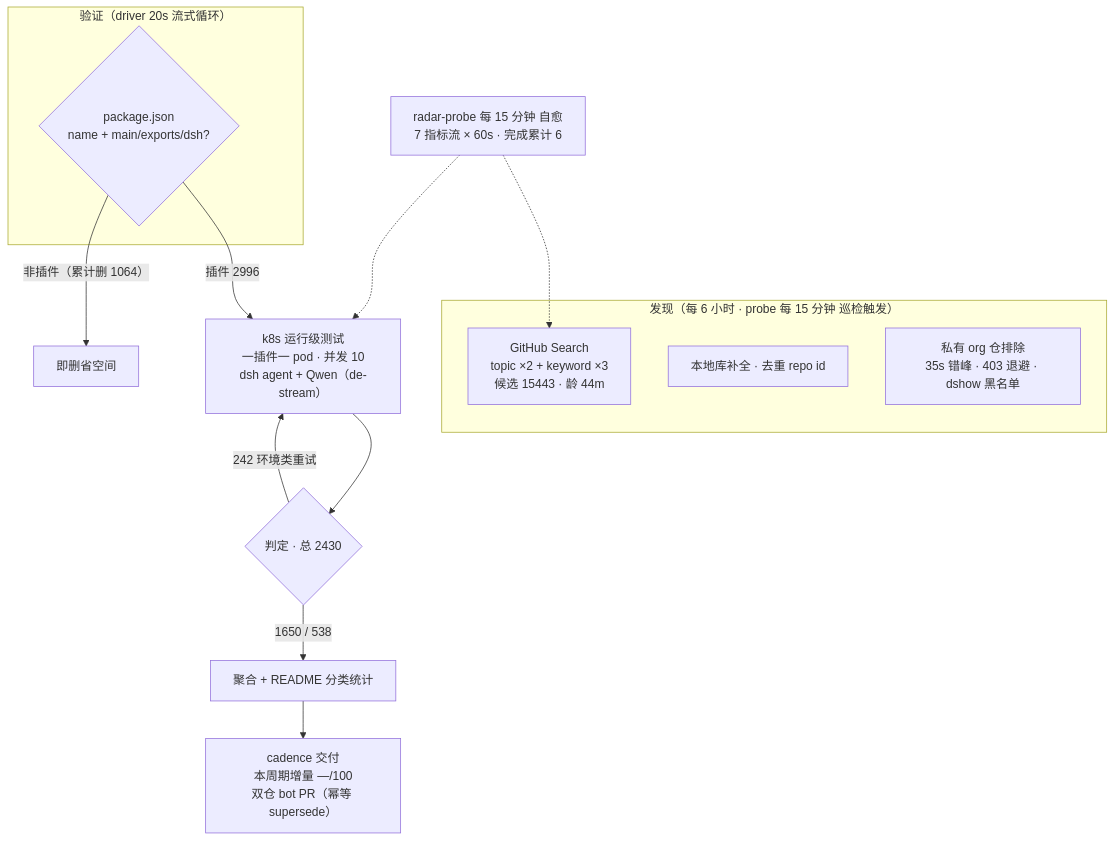
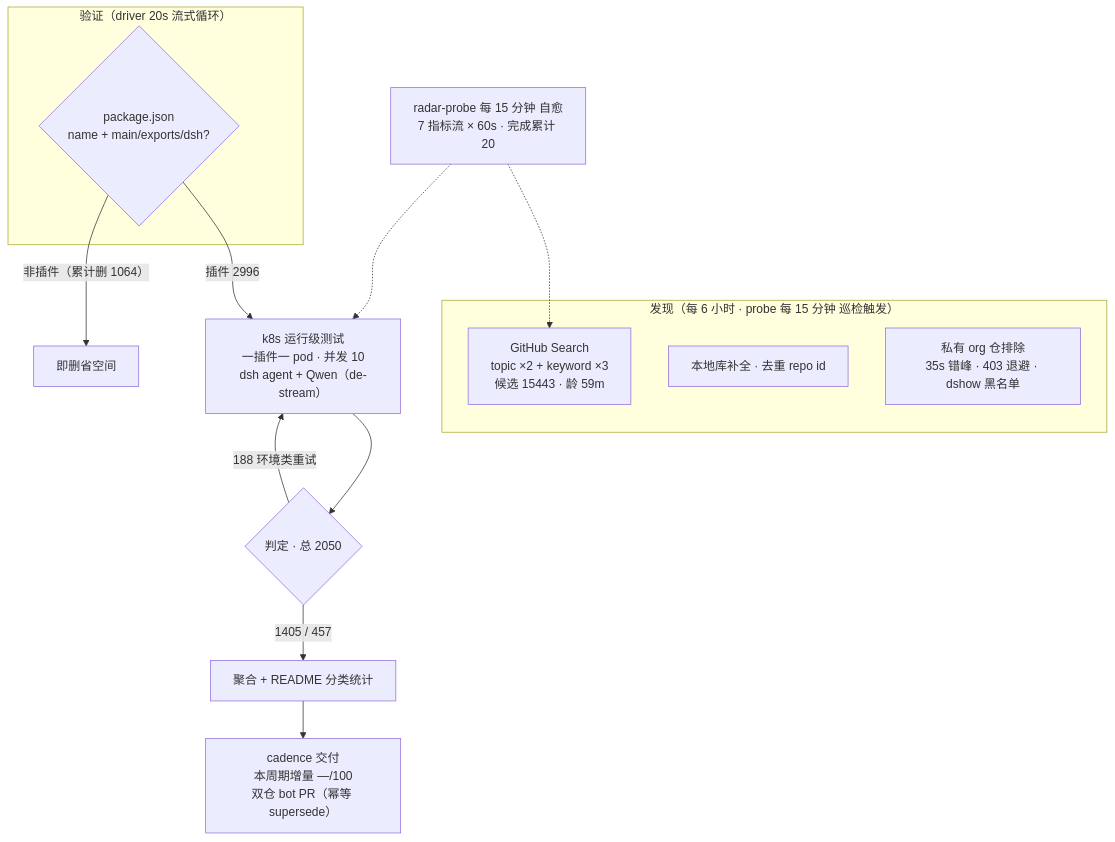
One commit to Zhidao-Lab-OSS/awesome-dsh-plugins changed the diagram in README.md. Above: the diagram before and after it, drawn with Mermaid. The commit also changed other lines of this file and 1 other file, not shown here.

````diff
--- a/README.md
+++ b/README.md
@@ -37,20 +37,20 @@
 ```mermaid
 flowchart TB
     subgraph Discovery["发现（每 6 小时 · probe 每 15 分钟 巡检触发）"]
-        A1["GitHub Search<br/>topic ×2 + keyword ×3<br/>候选 15443 · 龄 44m"]
+        A1["GitHub Search<br/>topic ×2 + keyword ×3<br/>候选 15443 · 龄 59m"]
         A2["本地库补全 · 去重 repo id"]
         A3["私有 org 仓排除<br/>35s 错峰 · 403 退避 · dshow 黑名单"]
     end
     subgraph Validation["验证（driver 20s 流式循环）"]
         B1{"package.json<br/>name + main/exports/dsh?"}
     end
     B1 -->|"插件 2996"| C1["k8s 运行级测试<br/>一插件一 pod · 并发 10<br/>dsh agent + Qwen（de-stream）"]
     B1 -->|"非插件（累计删 1064）"| B3["即删省空间"]
-    C1 --> D1{"判定 · 总 2430"}
-    D1 -->|"1650 / 538"| E1["聚合 + README 分类统计"]
-    D1 -->|"242 环境类重试"| C1
+    C1 --> D1{"判定 · 总 2050"}
+    D1 -->|"1405 / 457"| E1["聚合 + README 分类统计"]
+    D1 -->|"188 环境类重试"| C1
     E1 --> E2["cadence 交付<br/>本周期增量 —/100<br/>双仓 bot PR（幂等 supersede）"]
-    M["radar-probe 每 15 分钟 自愈<br/>7 指标流 × 60s · 完成累计 6"]
+    M["radar-probe 每 15 分钟 自愈<br/>7 指标流 × 60s · 完成累计 20"]
     M -.-> A1
     M -.-> C1
 ```
````
